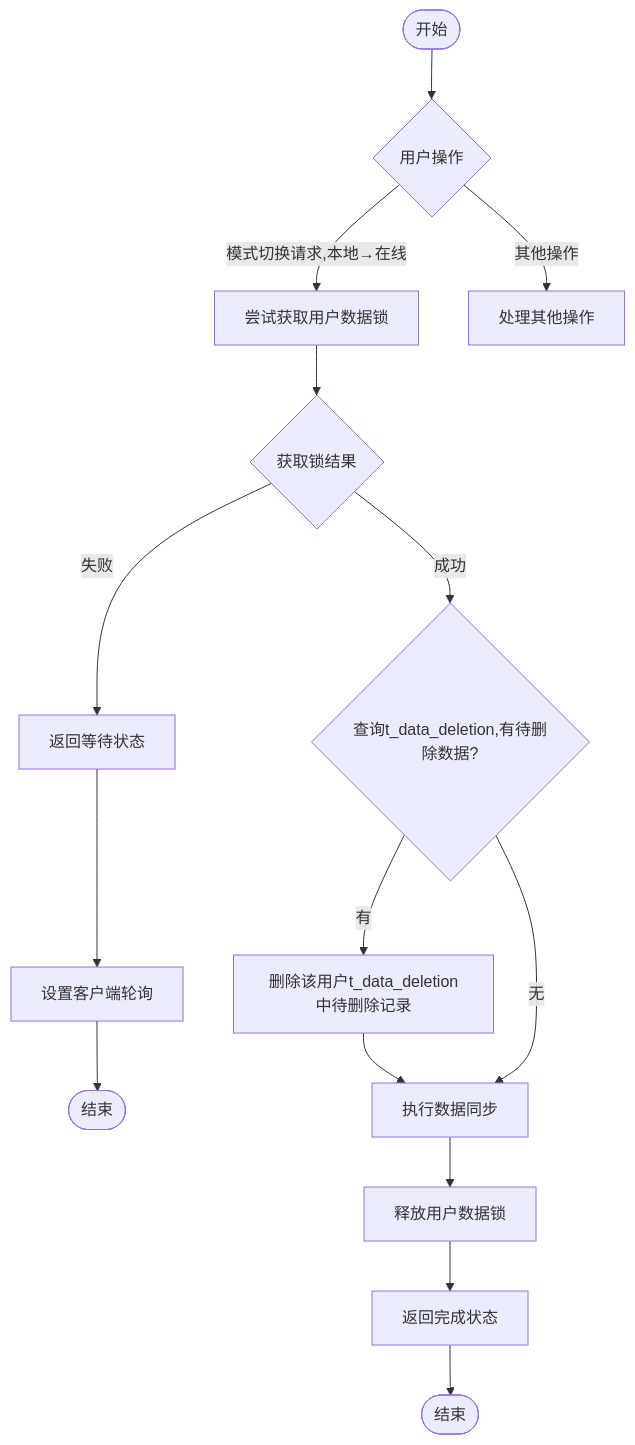
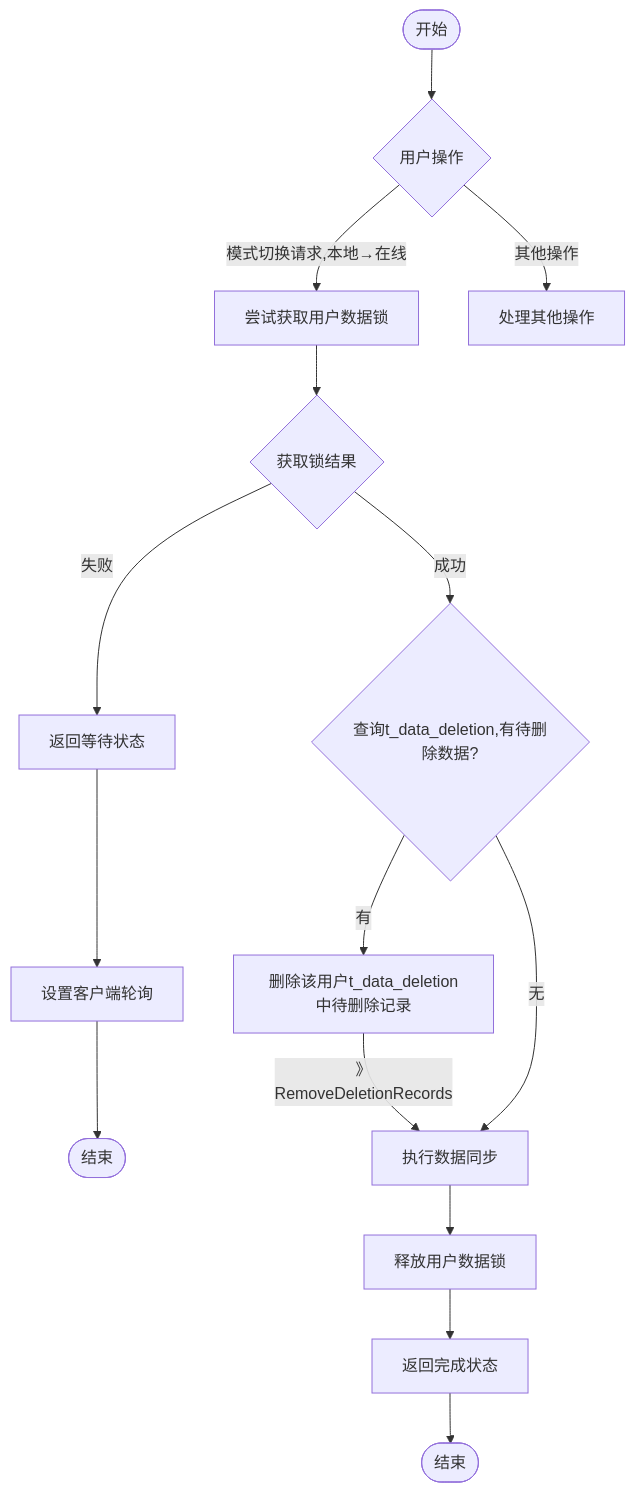
Before and after one commit to yingjianzh/iodraw-files: the diagram in all/未命名-57.md, drawn with Mermaid.

Commit message:
2025-05-12 11:30:41 update

````diff
--- a/all/未命名-57.md
+++ b/all/未命名-57.md
@@ -1,28 +1,28 @@
 ```mermaid
 
 flowchart TD
     %% 主要分支
     Start([开始]) --> UserAction{用户操作}
     UserAction -->|模式切换请求,本地→在线| TryLock[尝试获取用户数据锁]
     UserAction -->|其他操作| OtherOps[处理其他操作]
 
     %% 模式切换流程
     TryLock --> LockResult{获取锁结果}
     
     LockResult -->|失败| ReturnWaiting[返回等待状态]
     ReturnWaiting --> SetupPolling[设置客户端轮询]
     SetupPolling --> End1([结束])
     
     LockResult -->|成功| CheckPendingDeletion{查询t_data_deletion,有待删除数据?}
     
     CheckPendingDeletion -->|有| RemoveDeletionRecords[删除该用户t_data_deletion中待删除记录]
-    
+    RemoveDeletionRecords --》 
     RemoveDeletionRecords --> PerformSync[执行数据同步]
     
     CheckPendingDeletion -->|无| PerformSync
     
     PerformSync --> ReleaseSwitchLock[释放用户数据锁]
     ReleaseSwitchLock --> ReturnComplete[返回完成状态]
     ReturnComplete --> End2([结束])
 
 ```
````
